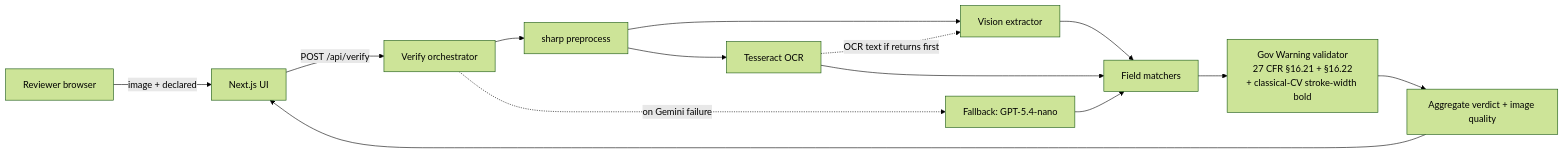
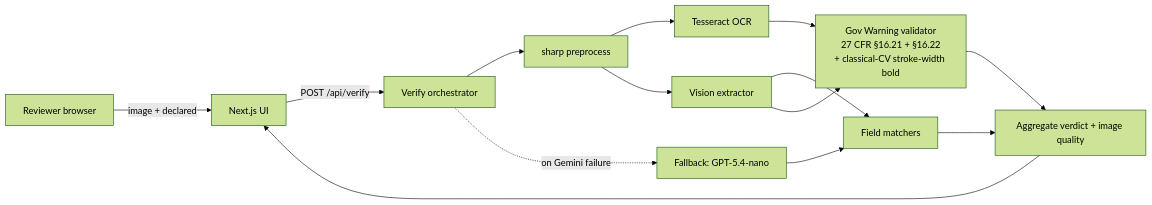
The diagram in README.md (XanderXML-Bit/label-verify), drawn with Mermaid (forest theme) before and after one commit. The commit also changed other lines of this file and 45 other files, not shown here.

````diff
--- a/README.md
+++ b/README.md
@@ -87,16 +87,16 @@
 ```mermaid
 flowchart LR
   U[Reviewer browser] -- image + declared --> UI[Next.js UI]
   UI -- POST /api/verify --> V[Verify orchestrator]
   V --> P[sharp preprocess]
   P --> O[Tesseract OCR]
   P --> X[Vision extractor]
-  O -. OCR text if returns first .-> X
   X --> M[Field matchers]
-  O --> M
-  M --> G[Gov Warning validator<br/>27 CFR §16.21 + §16.22<br/>+ classical-CV stroke-width bold]
-  G --> A[Aggregate verdict + image quality]
+  O --> G[Gov Warning validator<br/>27 CFR §16.21 + §16.22<br/>+ classical-CV stroke-width bold]
+  X --> G
+  M --> A[Aggregate verdict + image quality]
+  G --> A
   A --> UI
   V -. on Gemini failure .-> F[Fallback: GPT-5.4-nano]
   F --> M
 ```
````
